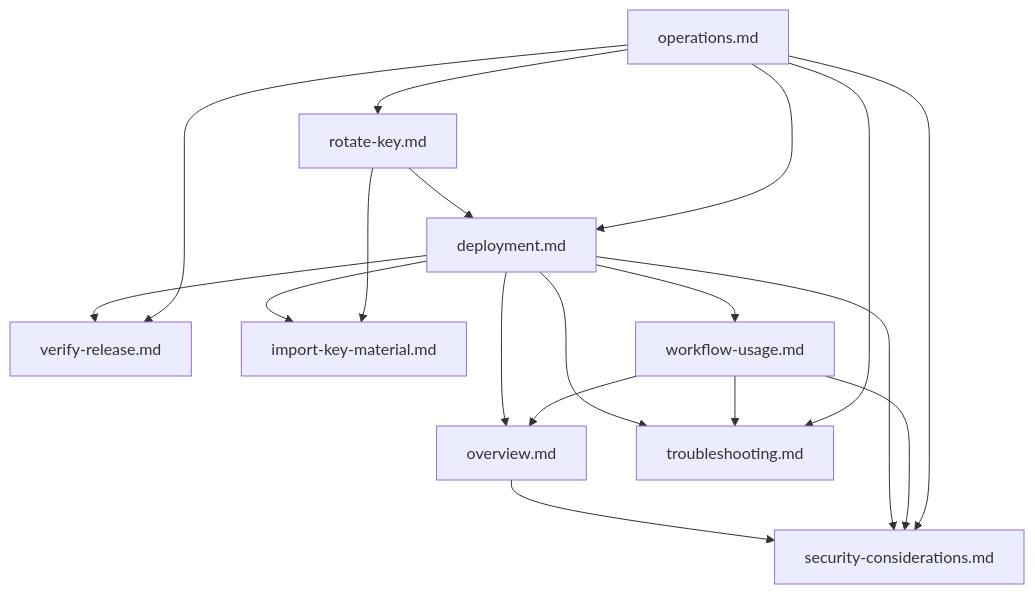
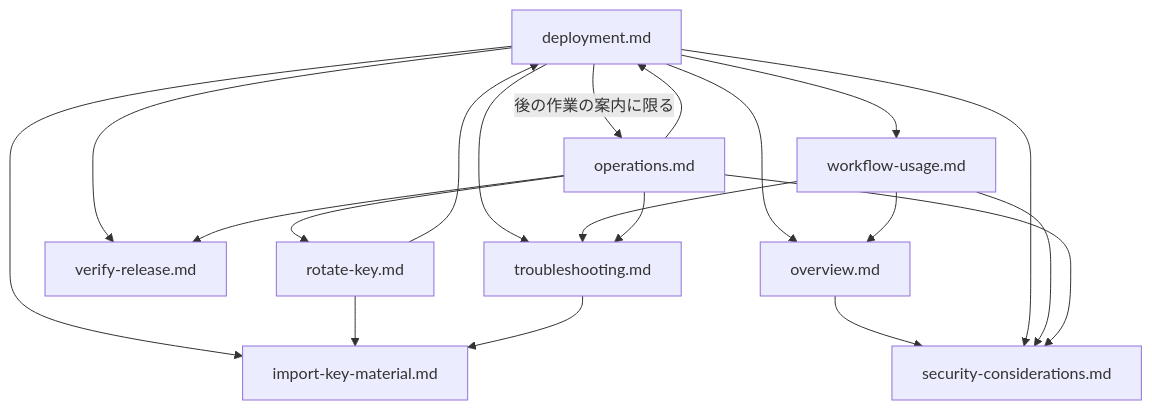
Before and after one commit to tmknom/gates: the second of 3 diagrams in docs/contributing/docs-policy.md, drawn with Mermaid. The commit also changed other lines of this file and 14 other files, not shown here.

````diff
--- a/docs/contributing/docs-policy.md
+++ b/docs/contributing/docs-policy.md
@@ -155,20 +155,22 @@
 ```mermaid
 flowchart TD
     overview["overview.md"] --> security["security-considerations.md"]
     deployment["deployment.md"] --> security
     deployment --> overview
     deployment --> verify["verify-release.md"]
     deployment --> import["import-key-material.md"]
     deployment --> usage["workflow-usage.md"]
     deployment --> trouble["troubleshooting.md"]
+    deployment -->|後の作業の案内に限る| operations
     rotate["rotate-key.md"] --> import
     rotate --> deployment
     usage --> security
     usage --> overview
     usage --> trouble
+    trouble --> import
     operations["operations.md"] --> deployment
     operations --> verify
     operations --> rotate
     operations --> trouble
     operations --> security
 ```
````
